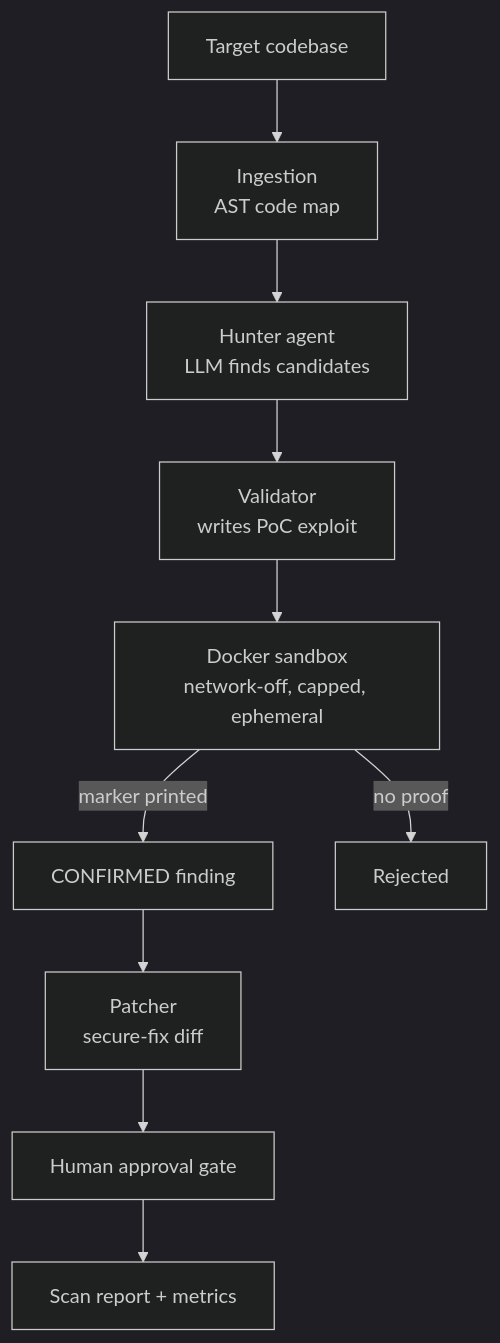
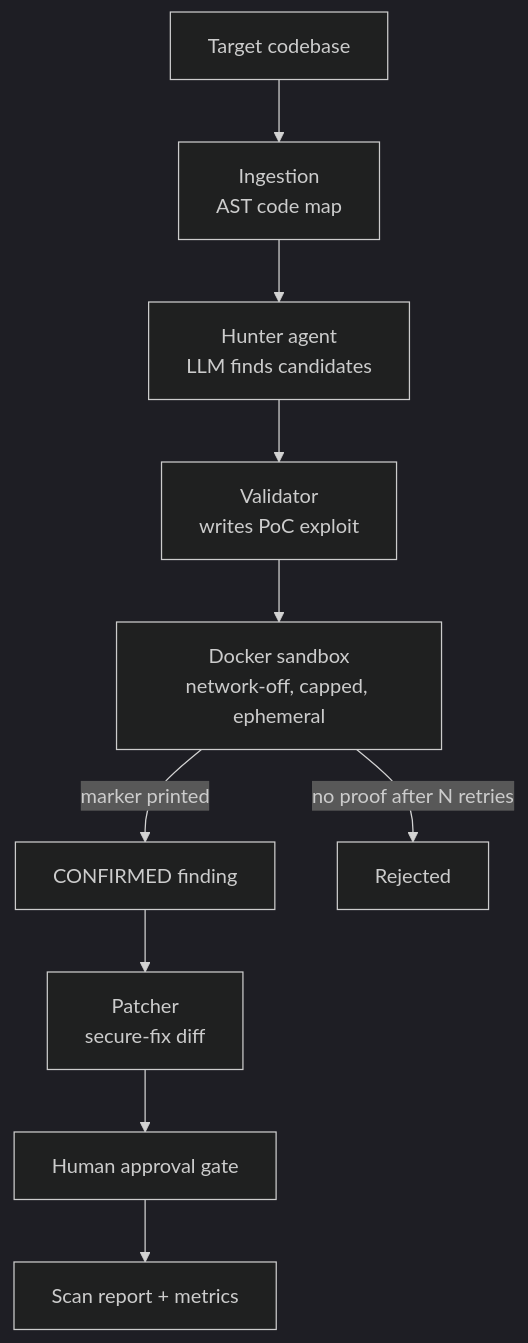
The diagram in README.md (rahulpaul-07/Sentinel-Autonomous-AppSec-Agent), drawn with Mermaid (dark theme) before and after one commit. The commit also changed other lines of this file and 3 other files, not shown here.

````diff
--- a/README.md
+++ b/README.md
@@ -22,12 +27,12 @@
 ```mermaid
 flowchart TD
     A[Target codebase] --> B[Ingestion<br/>AST code map]
     B --> C[Hunter agent<br/>LLM finds candidates]
     C --> D[Validator<br/>writes PoC exploit]
     D --> E[Docker sandbox<br/>network-off, capped, ephemeral]
     E -->|marker printed| F[CONFIRMED finding]
-    E -->|no proof| G[Rejected]
+    E -->|no proof after N retries| G[Rejected]
     F --> H[Patcher<br/>secure-fix diff]
     H --> I[Human approval gate]
     I --> J[Scan report + metrics]
 ```
````
